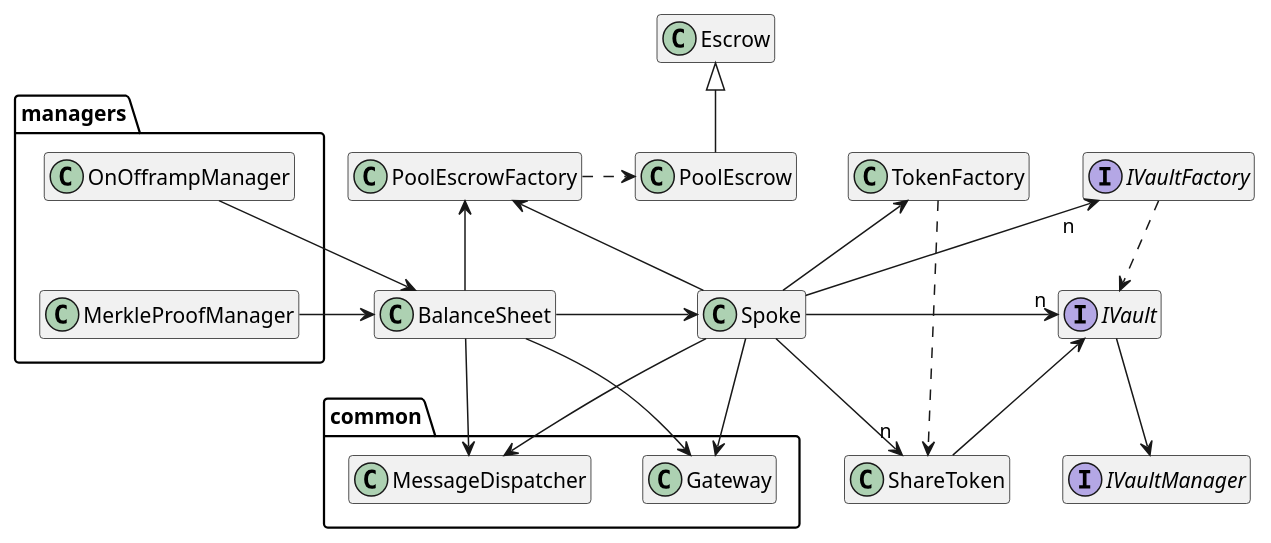
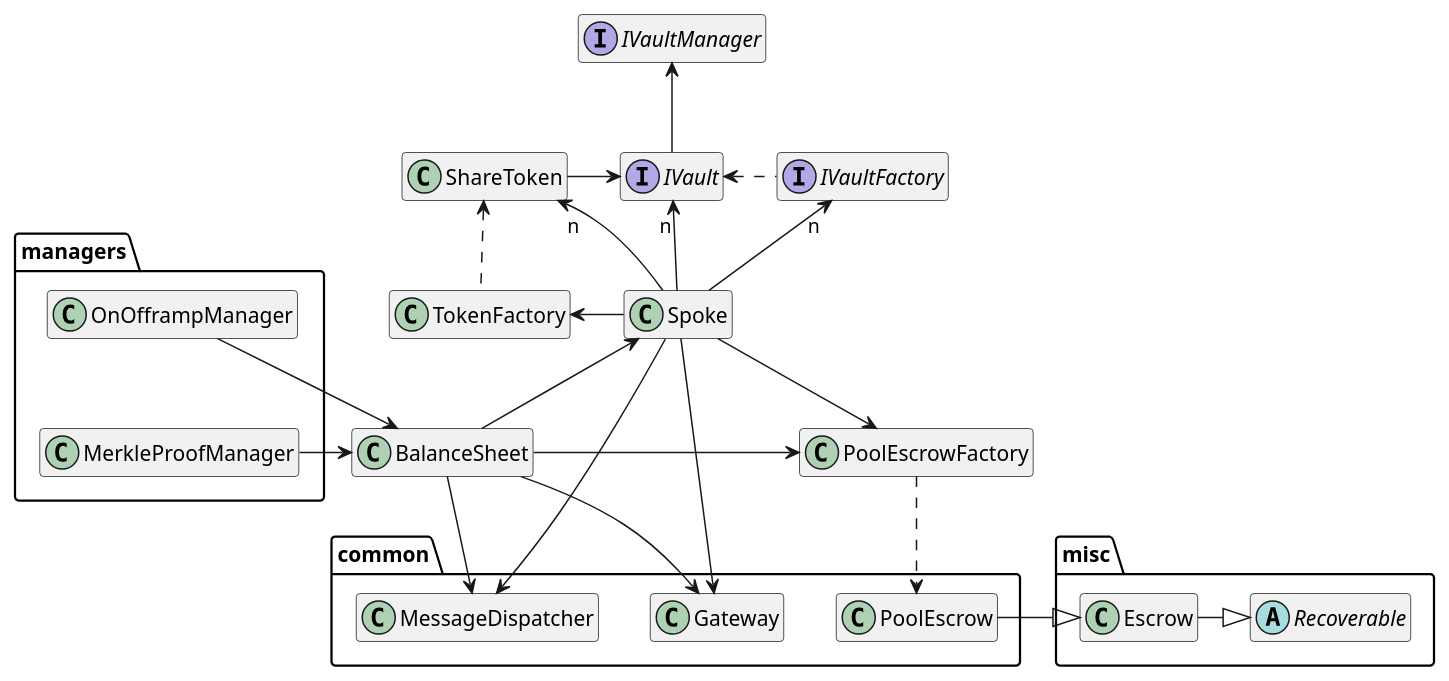
One commit to centrifuge/protocol changed the diagram in docs/architecture/spoke.puml. Above: the diagram before and after it, drawn with PlantUML.

Commit message:
adapt spoke

```diff
--- a/docs/architecture/spoke.puml
+++ b/docs/architecture/spoke.puml
@@ -1,61 +1,66 @@
 @startuml
 hide empty members
+
+package misc {
+    abstract Recoverable
+    class Escrow
+}
 
 package common {
     class Gateway
     class MessageDispatcher
+    class PoolEscrow
 }
 
 package managers {
     class OnOfframpManager
     class MerkleProofManager
 }
 
 class Hidden
 
 class Spoke
-class Escrow
-class PoolEscrow
 class ShareToken
 class BalanceSheet
 class PoolEscrowFactory
 class TokenFactory
 
 interface IVaultFactory
 interface IVault
 interface IVaultManager
 
-Spoke -up-> TokenFactory
-Spoke -up-> PoolEscrowFactory
+Spoke -left-> TokenFactory
+Spoke -down-> PoolEscrowFactory
 Spoke -up->"n" IVaultFactory
-Spoke -->"n" ShareToken
-Spoke -right->"n" IVault
-Spoke --> Gateway
-Spoke --> MessageDispatcher
+Spoke -up->"n" ShareToken
+Spoke -up->"n" IVault
+Spoke ---> Gateway
+Spoke ---> MessageDispatcher
 
-BalanceSheet -up-> PoolEscrowFactory
+BalanceSheet -right-> PoolEscrowFactory
+BalanceSheet -left--> Spoke
 BalanceSheet --> MessageDispatcher
-BalanceSheet -right-> Spoke
 BalanceSheet --> Gateway
 
 PoolEscrowFactory .right.> PoolEscrow
-PoolEscrow -up-|> Escrow
+PoolEscrow -right-|> Escrow
+Escrow -right-|> Recoverable
 
-ShareToken -up-> IVault
-IVault --> IVaultManager
+ShareToken -right-> IVault
+IVault -up-> IVaultManager
 
 OnOfframpManager -down-> BalanceSheet
 MerkleProofManager -up-> BalanceSheet
 
-TokenFactory ...> ShareToken
-IVaultFactory ..> IVault
+TokenFactory .up.> ShareToken
+IVaultFactory .left.> IVault
 
 ' Hidden stuff to make things more visual
 
 hide Hidden
 
 OnOfframpManager -down[hidden]-> MerkleProofManager
 MerkleProofManager -down-> Hidden
 Hidden -up-> BalanceSheet
 
 @enduml
```
